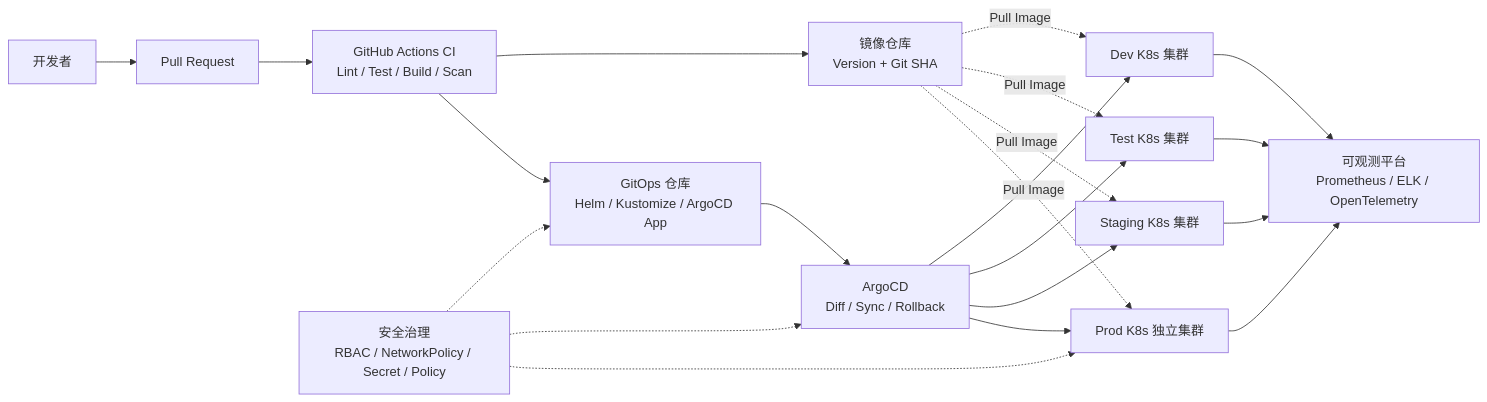
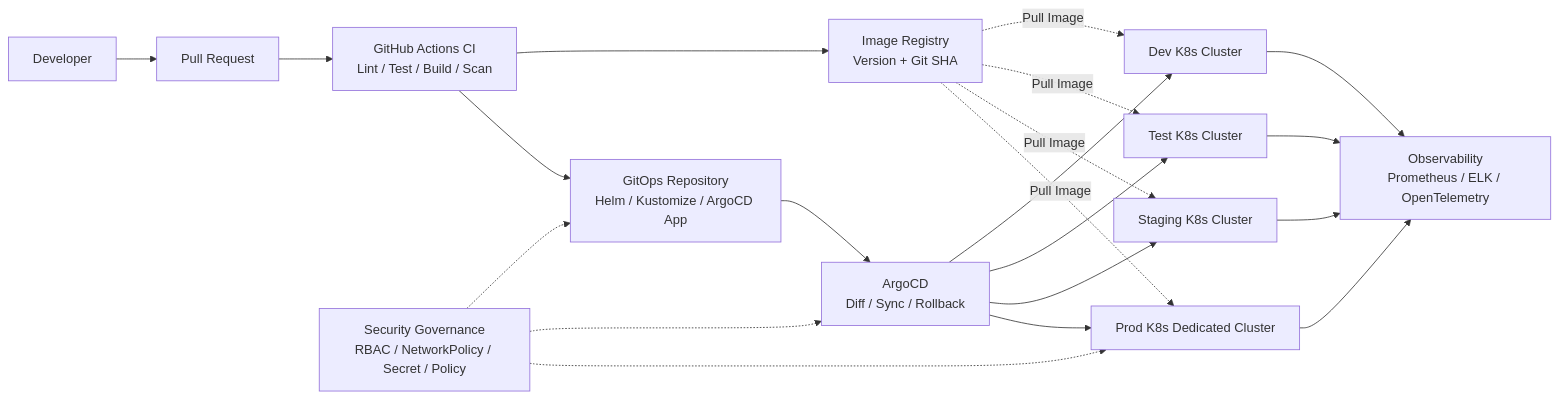
One commit to sven0219/devops-platform-blueprint changed the first of 2 diagrams in README.md. Above: the diagram before and after it, drawn with Mermaid. The commit also changed other lines of this file and 1 other file, not shown here.

````diff
--- a/README.md
+++ b/README.md
@@ -21,27 +23,27 @@
 ```mermaid
 flowchart LR
-  Dev["开发者"] --> PR["Pull Request"]
+  Dev["Developer"] --> PR["Pull Request"]
   PR --> CI["GitHub Actions CI<br/>Lint / Test / Build / Scan"]
-  CI --> Registry["镜像仓库<br/>Version + Git SHA"]
-  CI --> GitOps["GitOps 仓库<br/>Helm / Kustomize / ArgoCD App"]
+  CI --> Registry["Image Registry<br/>Version + Git SHA"]
+  CI --> GitOps["GitOps Repository<br/>Helm / Kustomize / ArgoCD App"]
   GitOps --> ArgoCD["ArgoCD<br/>Diff / Sync / Rollback"]
 
-  ArgoCD --> DevCluster["Dev K8s 集群"]
-  ArgoCD --> TestCluster["Test K8s 集群"]
-  ArgoCD --> StagingCluster["Staging K8s 集群"]
-  ArgoCD --> ProdCluster["Prod K8s 独立集群"]
+  ArgoCD --> DevCluster["Dev K8s Cluster"]
+  ArgoCD --> TestCluster["Test K8s Cluster"]
+  ArgoCD --> StagingCluster["Staging K8s Cluster"]
+  ArgoCD --> ProdCluster["Prod K8s Dedicated Cluster"]
 
   Registry -. "Pull Image" .-> DevCluster
   Registry -. "Pull Image" .-> TestCluster
   Registry -. "Pull Image" .-> StagingCluster
   Registry -. "Pull Image" .-> ProdCluster
 
-  DevCluster --> Obs["可观测平台<br/>Prometheus / ELK / OpenTelemetry"]
+  DevCluster --> Obs["Observability<br/>Prometheus / ELK / OpenTelemetry"]
   TestCluster --> Obs
   StagingCluster --> Obs
   ProdCluster --> Obs
 
-  Security["安全治理<br/>RBAC / NetworkPolicy / Secret / Policy"] -.-> GitOps
+  Security["Security Governance<br/>RBAC / NetworkPolicy / Secret / Policy"] -.-> GitOps
   Security -.-> ArgoCD
   Security -.-> ProdCluster
 ```
````
